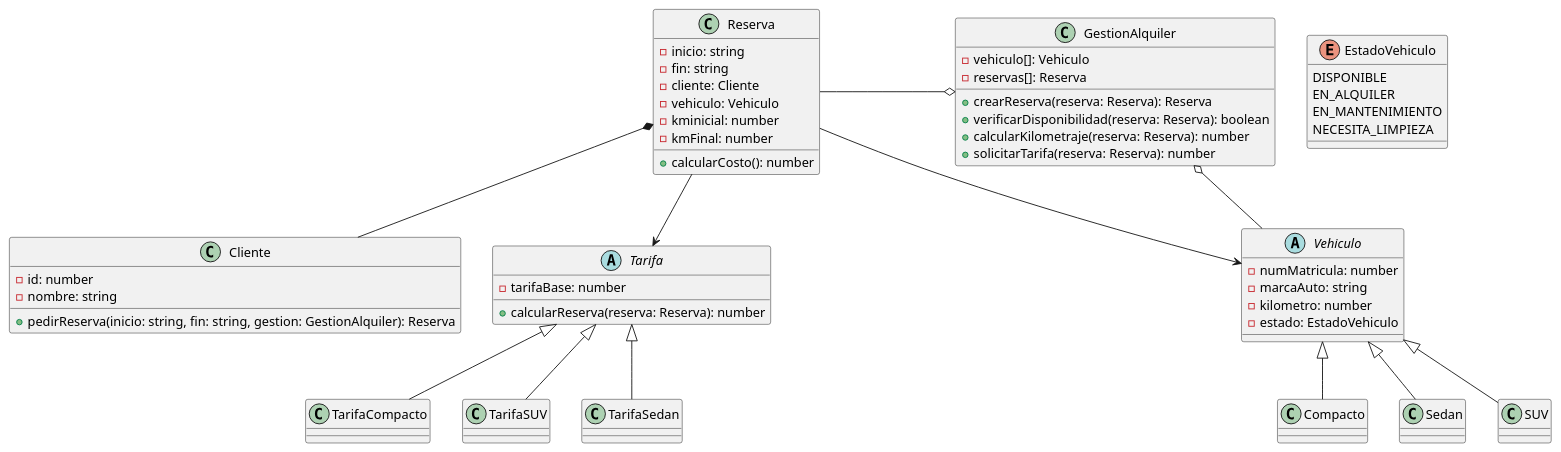
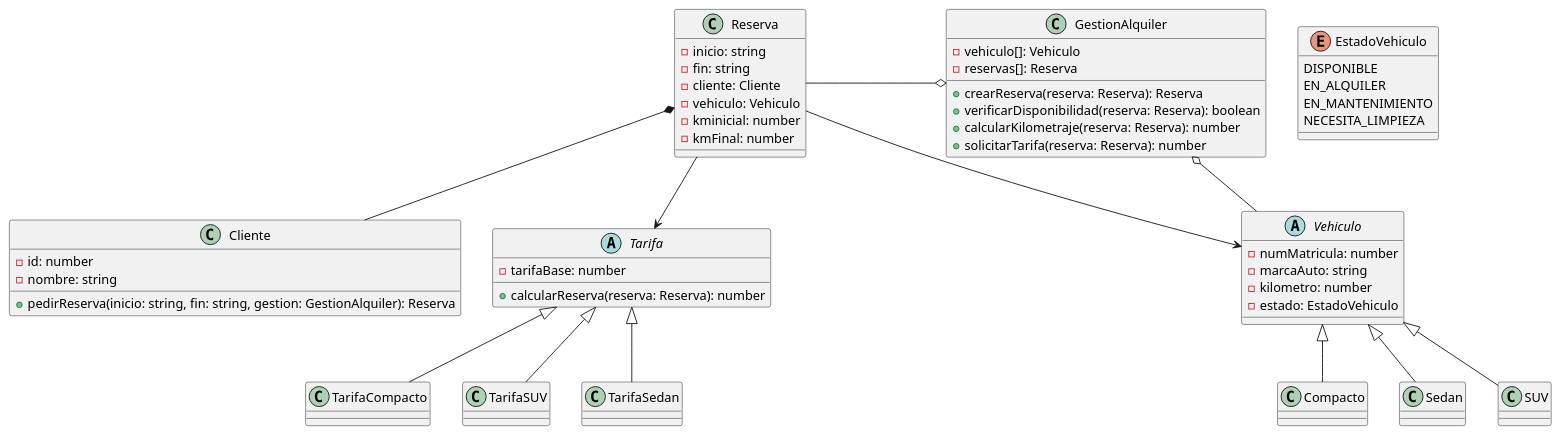
Before and after one commit to Nash-Blip/Programaci-n-II: the diagram in Diagrama_de_clases.puml, drawn with PlantUML.

```diff
--- a/Diagrama_de_clases.puml
+++ b/Diagrama_de_clases.puml
@@ -1,76 +1,75 @@
 @startuml practico
 
 class GestionAlquiler{
     - vehiculo[]: Vehiculo
     - reservas[]: Reserva
     + crearReserva(reserva: Reserva): Reserva
     + verificarDisponibilidad(reserva: Reserva): boolean
     + calcularKilometraje(reserva: Reserva): number
     + solicitarTarifa(reserva: Reserva): number
 }
 
 enum EstadoVehiculo {
   DISPONIBLE
   EN_ALQUILER
   EN_MANTENIMIENTO
   NECESITA_LIMPIEZA
 }
 
 class Cliente{
     - id: number
     - nombre: string
     + pedirReserva(inicio: string, fin: string, gestion: GestionAlquiler): Reserva
 }
 
 class Reserva{
     - inicio: string
     - fin: string
     - cliente: Cliente
     - vehiculo: Vehiculo
     - kminicial: number
     - kmFinal: number
-    + calcularCosto(): number
 }
 
 abstract class Vehiculo{
     - numMatricula: number
     - marcaAuto: string
     - kilometro: number
     - estado: EstadoVehiculo
 }
 
 class Compacto extends Vehiculo
 class Sedan extends Vehiculo
 class SUV extends Vehiculo
 
 abstract class Tarifa{
     - tarifaBase: number
     + calcularReserva(reserva: Reserva): number
 }
 
 class TarifaCompacto extends Tarifa
 class TarifaSUV extends Tarifa
 class TarifaSedan extends Tarifa
 
 GestionAlquiler o-r- Vehiculo
 GestionAlquiler o-l- Reserva
 Reserva --> Tarifa
 Reserva --> Vehiculo
 Reserva *-- Cliente
 
 note right of TarifaCompacto::calcularReserva
 Base: $30 * días
 + exceso si >100km/día
 end note
 
 note right of TarifaSedan::calcularReserva
 Base: $50 * días
 + $0.20 por km total
 end note
 
 note right of TarifaSUV::calcularReserva
 Base: ($80 + $15 seguro) * días
 + exceso si >500 km total
 end note
 
 @enduml
```
